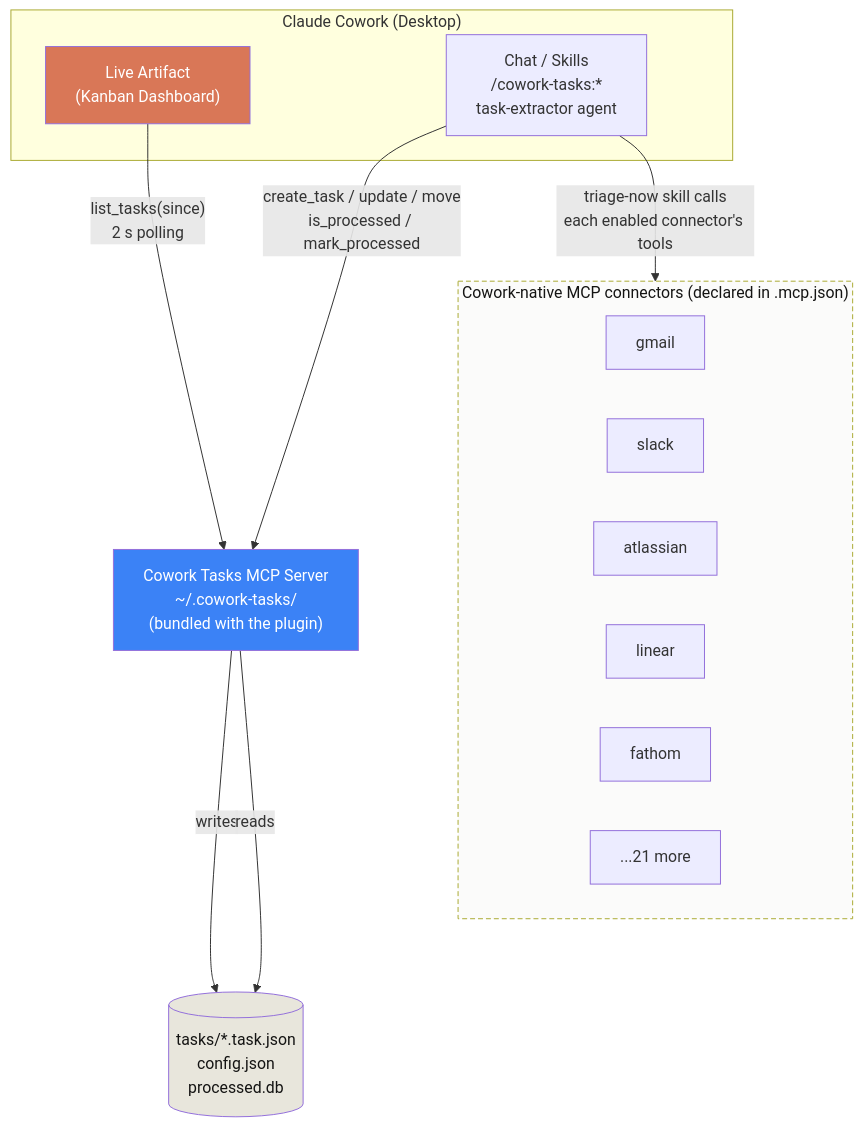
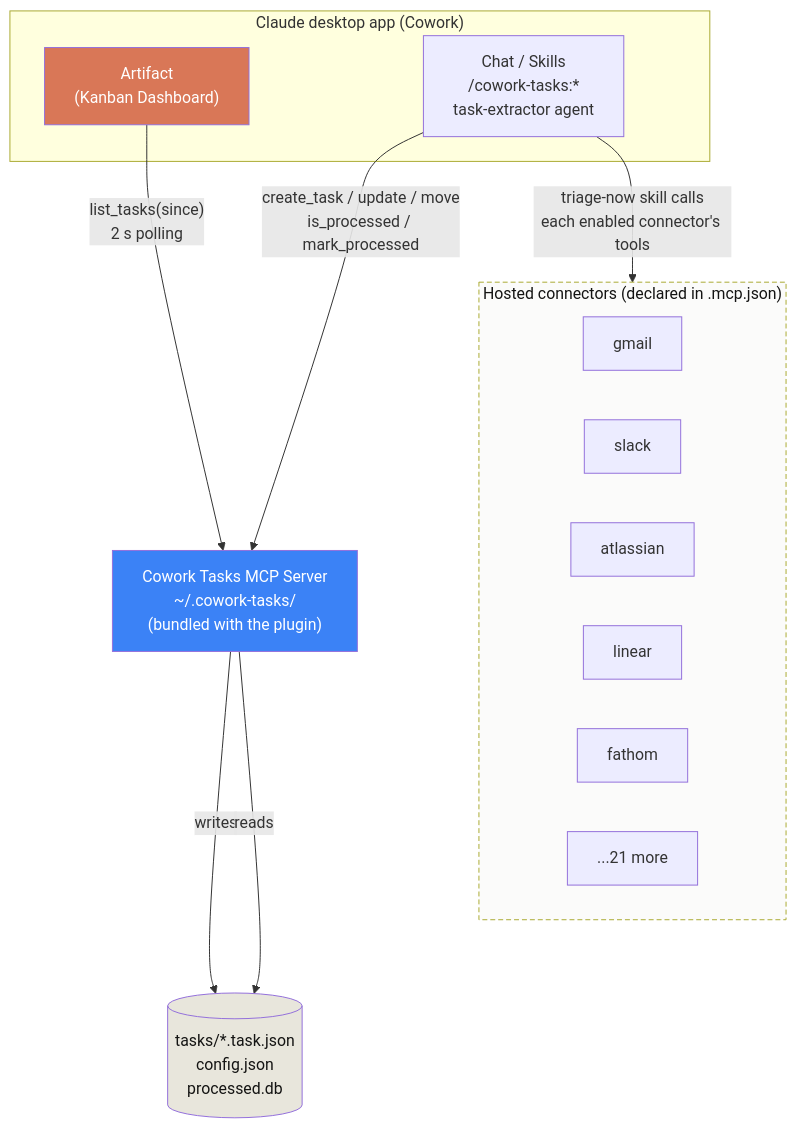
One commit to sabbah13/cowork-tasks changed the diagram in docs/architecture.md. Above: the diagram before and after it, drawn with Mermaid. The commit also changed other lines of this file and 38 other files, not shown here.

````diff
--- a/docs/architecture.md
+++ b/docs/architecture.md
@@ -5,30 +5,30 @@
 ```mermaid
 flowchart TB
-    subgraph Cowork["Claude Cowork (Desktop)"]
-        Artifact["Live Artifact<br/>(Kanban Dashboard)"]
+    subgraph Cowork["Claude desktop app (Cowork)"]
+        Artifact["Artifact<br/>(Kanban Dashboard)"]
         Chat["Chat / Skills<br/>/cowork-tasks:*<br/>task-extractor agent"]
     end
 
     MCP["Cowork Tasks MCP Server<br/>~/.cowork-tasks/<br/>(bundled with the plugin)"]
     Files[("tasks/*.task.json<br/>config.json<br/>processed.db")]
 
-    subgraph Native["Cowork-native MCP connectors (declared in .mcp.json)"]
+    subgraph Native["Hosted connectors (declared in .mcp.json)"]
         Gmail["gmail"]
         Slack["slack"]
         Atlassian["atlassian"]
         Linear["linear"]
         Fathom["fathom"]
         Others["...21 more"]
     end
 
     Artifact -- "list_tasks(since)<br/>2 s polling" --> MCP
     Chat -- "create_task / update / move<br/>is_processed / mark_processed" --> MCP
     Chat -- "triage-now skill calls<br/>each enabled connector's tools" --> Native
     MCP -- "writes" --> Files
     MCP -- "reads" --> Files
 
     style Artifact fill:#d97757,color:#fff
     style MCP fill:#3b82f6,color:#fff
     style Files fill:#e8e6dc,color:#141413
     style Native fill:#fbfbfa,stroke-dasharray:5 3,color:#141413
 ```
````
